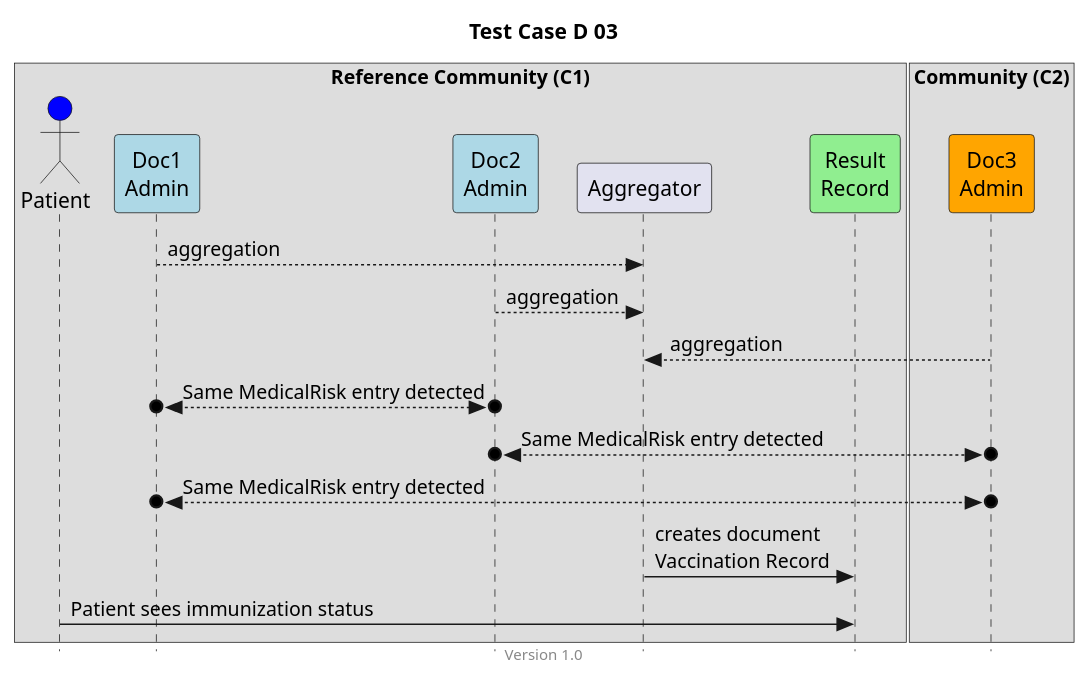
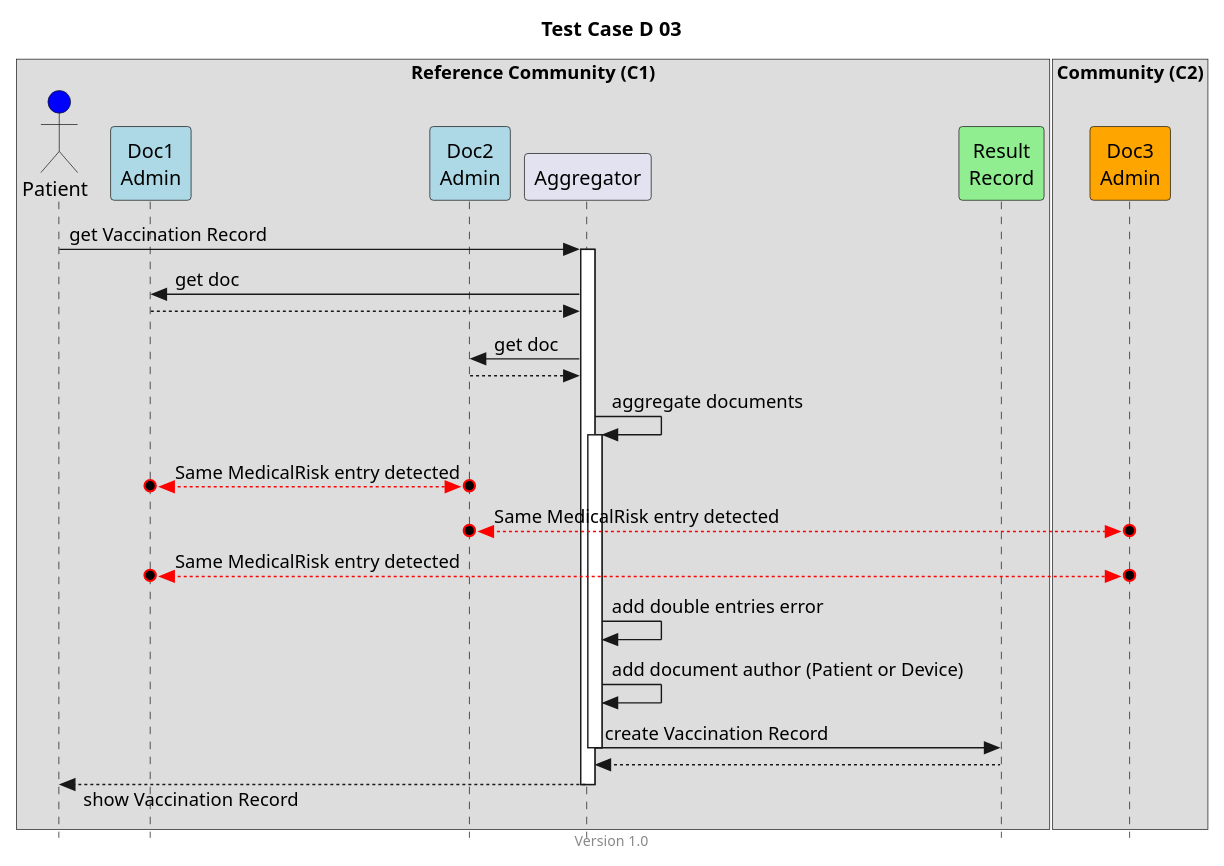
One commit to hl7ch/ch-vacd changed the diagram in input/images-source/TCD03.plantuml. Above: the diagram before and after it, drawn with PlantUML. The commit also changed 17 other files, not shown here.

Commit message:
#190 rework the seq diagrams

```diff
--- a/input/images-source/TCD03.plantuml
+++ b/input/images-source/TCD03.plantuml
@@ -1,32 +1,47 @@
 @startuml
 title Test Case D 03
 footer Version 1.0
 skinparam responseMessageBelowArrow true
 skinparam style strictuml
 scale max 800 width
 
 box "Reference Community (C1)"
 actor "Patient" as PAT #blue
 participant "Doc1\nAdmin" as Doc1 #lightblue
 participant "Doc2\nAdmin" as Doc2 #lightblue
 participant Aggregator as AGG
 participant "Result\nRecord" as RES #lightgreen
 end box
 
 box "Community (C2)"
 participant "Doc3\nAdmin" as Doc3 #orange
 end box
 
-Doc1 --> AGG: aggregation
-Doc2 --> AGG: aggregation
-Doc3 --> AGG: aggregation
 
-Doc1 o<-->o Doc2: Same MedicalRisk entry detected
-Doc2 o<-->o Doc3: Same MedicalRisk entry detected
-Doc1 o<-->o Doc3: Same MedicalRisk entry detected
+PAT -> AGG: get Vaccination Record
+activate AGG
 
-AGG -> RES: creates document\nVaccination Record 
-PAT -> RES: Patient sees immunization status
+AGG -> Doc1: get doc
+AGG <-- Doc1
+
+AGG -> Doc2: get doc
+AGG <-- Doc2
+ 
+AGG -> AGG: aggregate documents 
+activate AGG
+
+Doc1 o<-[#red]->o Doc2: Same MedicalRisk entry detected
+Doc2 o<-[#red]->o Doc3: Same MedicalRisk entry detected
+Doc1 o<-[#red]->o Doc3: Same MedicalRisk entry detected
+
+AGG -> AGG: add double entries error
+AGG -> AGG: add document author (Patient or Device)
+AGG -> RES: create Vaccination Record
+deactivate AGG
+AGG <-- RES
+
+PAT <-- AGG: show Vaccination Record
+deactivate AGG
 
 
 @enduml
```
